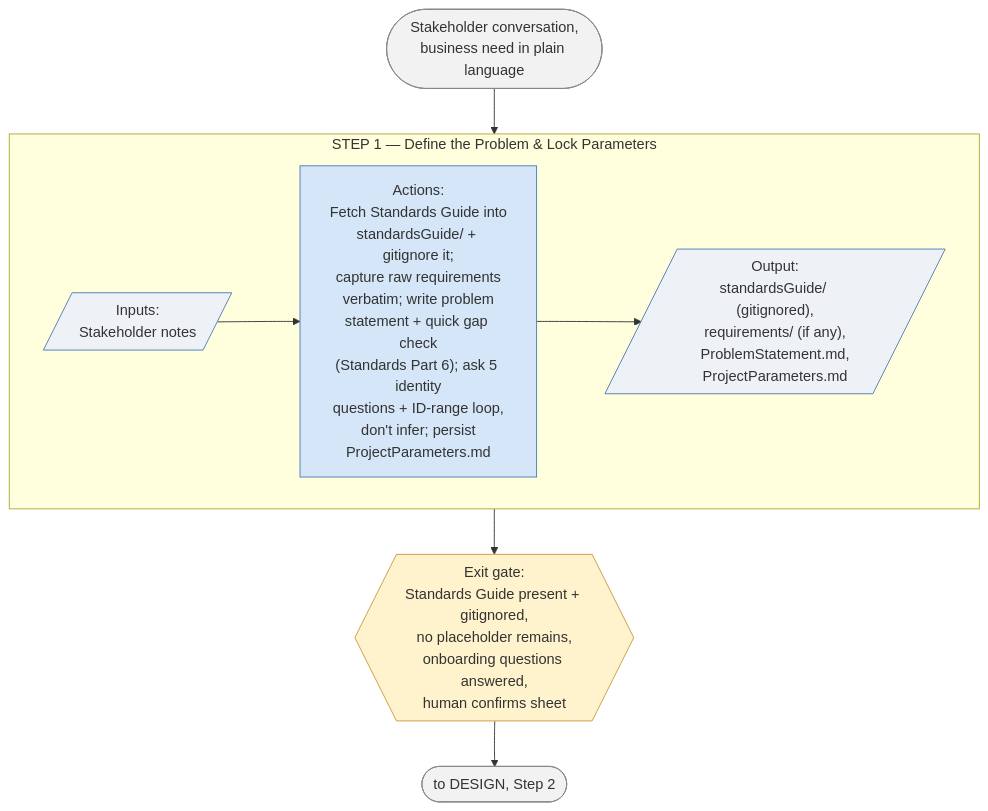
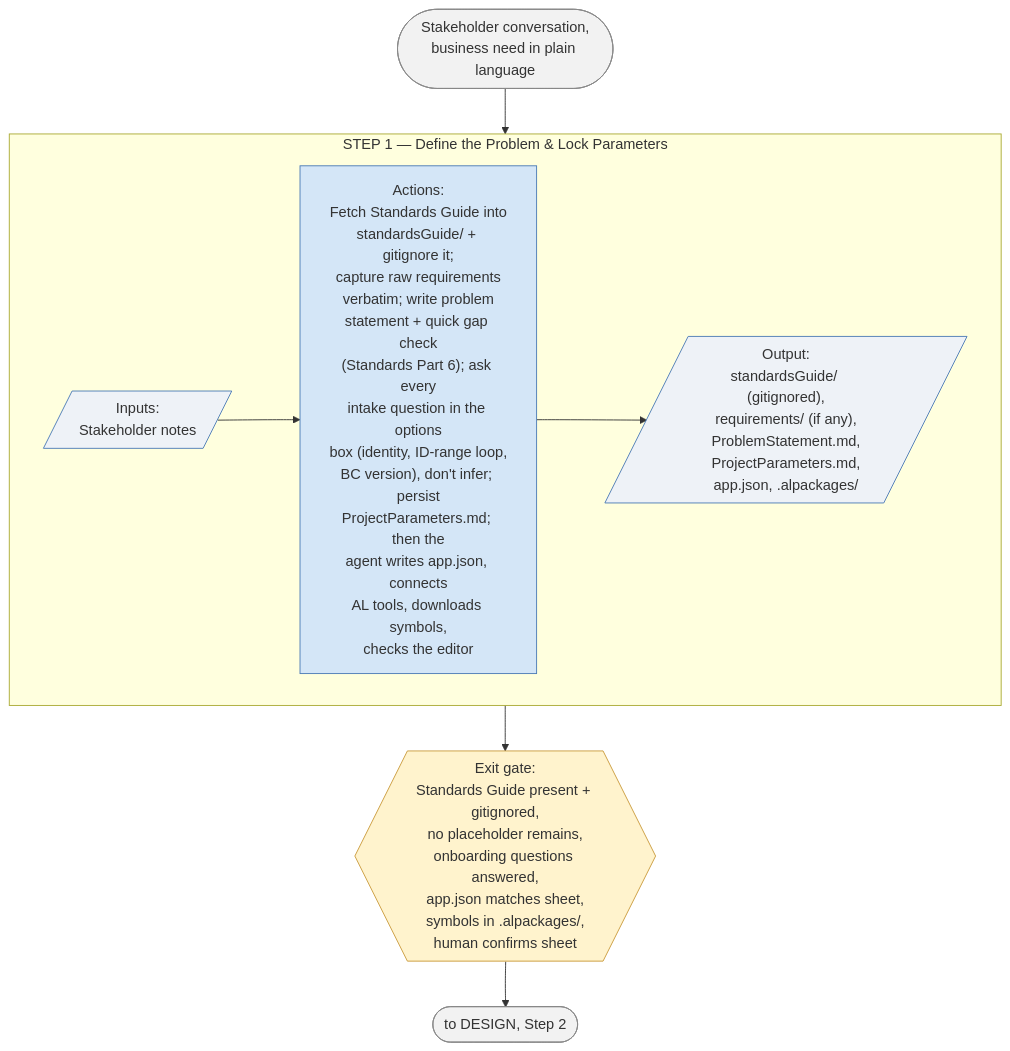
One commit to ajansari/ocpfBcAgenticDevFramework changed the third of 7 diagrams in liteVersion/LITE_RunbookSchematics.md. Above: the diagram before and after it, drawn with Mermaid. The commit also changed other lines of this file and 16 other files, not shown here.

First line of the commit message:
Runbooks v2.9.0.0 / Lite v1.6.0.0, ocpf-bc 1.1.0: interactive intake; agent does AL setup

````diff
--- a/liteVersion/LITE_RunbookSchematics.md
+++ b/liteVersion/LITE_RunbookSchematics.md
@@ -116,21 +116,21 @@
 ```mermaid
 flowchart TD
     Start(["Stakeholder conversation,<br/>business need in plain language"]) --> S1
 
     subgraph S1["STEP 1 — Define the Problem & Lock Parameters"]
         direction LR
-        In1[/"Inputs:<br/>Stakeholder notes"/] --> Act1["Actions:<br/>Fetch Standards Guide into<br/>standardsGuide/ + gitignore it;<br/>capture raw requirements<br/>verbatim; write problem<br/>statement + quick gap check<br/>(Standards Part 6); ask 5 identity<br/>questions + ID-range loop,<br/>don't infer; persist<br/>ProjectParameters.md"] --> Out1[/"Output:<br/>standardsGuide/ (gitignored),<br/>requirements/ (if any),<br/>ProblemStatement.md,<br/>ProjectParameters.md"/]
+        In1[/"Inputs:<br/>Stakeholder notes"/] --> Act1["Actions:<br/>Fetch Standards Guide into<br/>standardsGuide/ + gitignore it;<br/>capture raw requirements<br/>verbatim; write problem<br/>statement + quick gap check<br/>(Standards Part 6); ask every<br/>intake question in the options<br/>box (identity, ID-range loop,<br/>BC version), don't infer; persist<br/>ProjectParameters.md; then the<br/>agent writes app.json, connects<br/>AL tools, downloads symbols,<br/>checks the editor"] --> Out1[/"Output:<br/>standardsGuide/ (gitignored),<br/>requirements/ (if any),<br/>ProblemStatement.md,<br/>ProjectParameters.md,<br/>app.json, .alpackages/"/]
     end
-    S1 --> Gate1{{"Exit gate:<br/>Standards Guide present + gitignored,<br/>no placeholder remains,<br/>onboarding questions answered,<br/>human confirms sheet"}}
+    S1 --> Gate1{{"Exit gate:<br/>Standards Guide present + gitignored,<br/>no placeholder remains,<br/>onboarding questions answered,<br/>app.json matches sheet,<br/>symbols in .alpackages/,<br/>human confirms sheet"}}
 
     Gate1 --> Next(["to DESIGN, Step 2"])
 
     classDef io fill:#eef2f7,stroke:#4a7ab5,stroke-width:1px;
     classDef act fill:#d4e6f7,stroke:#4a7ab5,stroke-width:1px;
     classDef gate fill:#fff3cd,stroke:#c99a3a,stroke-width:1px;
     classDef endpoint fill:#f2f2f2,stroke:#888,stroke-width:1px;
     class In1,Out1 io;
     class Act1 act;
     class Gate1 gate;
     class Start,Next endpoint;
 ```
````
